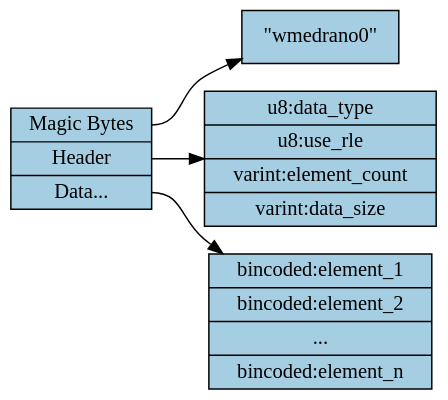
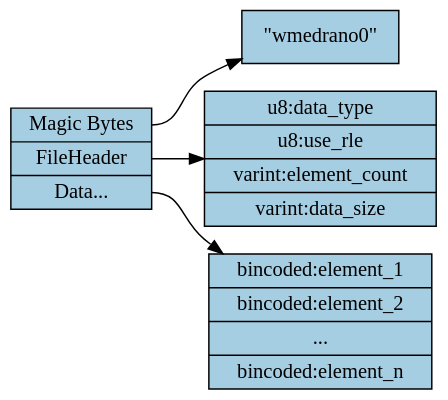
The third of 5 diagrams in wills-columnar-format.org (wmedrano/wills-columnar-format), drawn with Graphviz before and after one commit. The commit also changed other lines of this file and 3 other files, not shown here.

```diff
--- a/wills-columnar-format.org
+++ b/wills-columnar-format.org
@@ -535,15 +535,15 @@
 #+begin_src dot :file format-diagram.png :exports results :cache yes
   digraph FormatOverview {
       bgcolor="transparent";
       node[colorscheme=paired10, fillcolor=1, color=black, style=filled, shape=record, fontname="fira code"];
       rankdir=LR;
-      overview[label="<magicbytes> Magic Bytes|<header>Header|<data>Data..."];
+      overview[label="<magicbytes> Magic Bytes|<file_header>FileHeader|<data>Data..."];
       overview:magicbytes -> magicbytes;
-      overview:header -> header;
+      overview:file_header -> file_header;
       overview:data -> data;
 
       magicbytes[label="\"wmedrano0\""];
-      header[label="u8:data_type | u8:use_rle | varint:element_count | varint:data_size"];
+      file_header[label="u8:data_type | u8:use_rle | varint:element_count | varint:data_size"];
       data[label="bincoded:element_1|bincoded:element_2|...|bincoded:element_n"];
   }
 #+end_src
```
